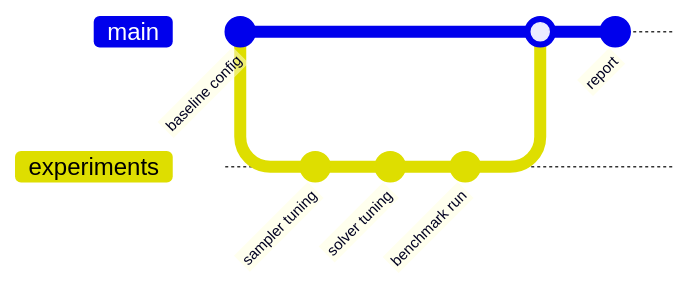
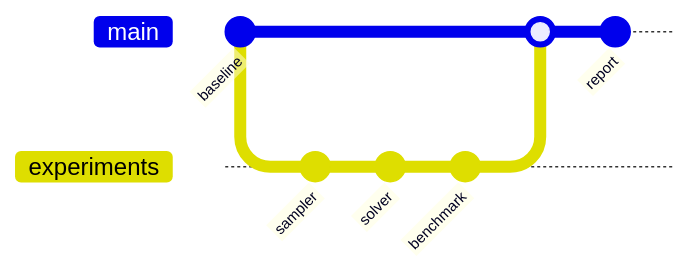
One commit to tanaymitra54/samsung_backup changed diagram 11 of 15 in README.md. Above: the diagram before and after it, drawn with Mermaid. The commit also changed other lines of this file, not shown here.

Commit message:
Simplify README Mermaid diagrams: shorter labels, cleaner visuals, less text

````diff
--- a/README.md
+++ b/README.md
@@ -427,11 +382,11 @@
 ```mermaid
 gitGraph
-   commit id: "baseline config"
+   commit id: "baseline"
    branch experiments
-   commit id: "sampler tuning"
-   commit id: "solver tuning"
-   commit id: "benchmark run"
+   commit id: "sampler"
+   commit id: "solver"
+   commit id: "benchmark"
    checkout main
    merge experiments
    commit id: "report"
 ```
````
